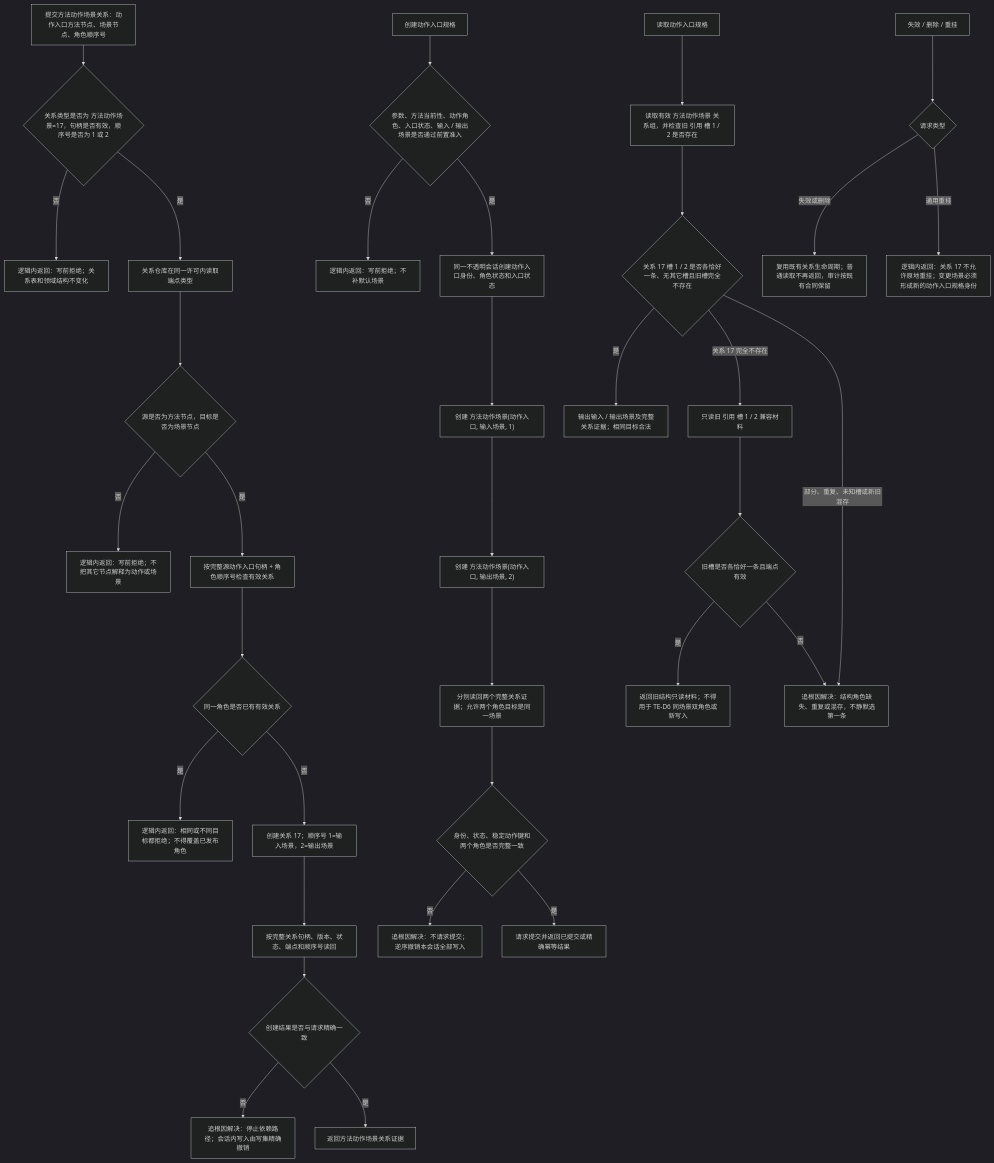
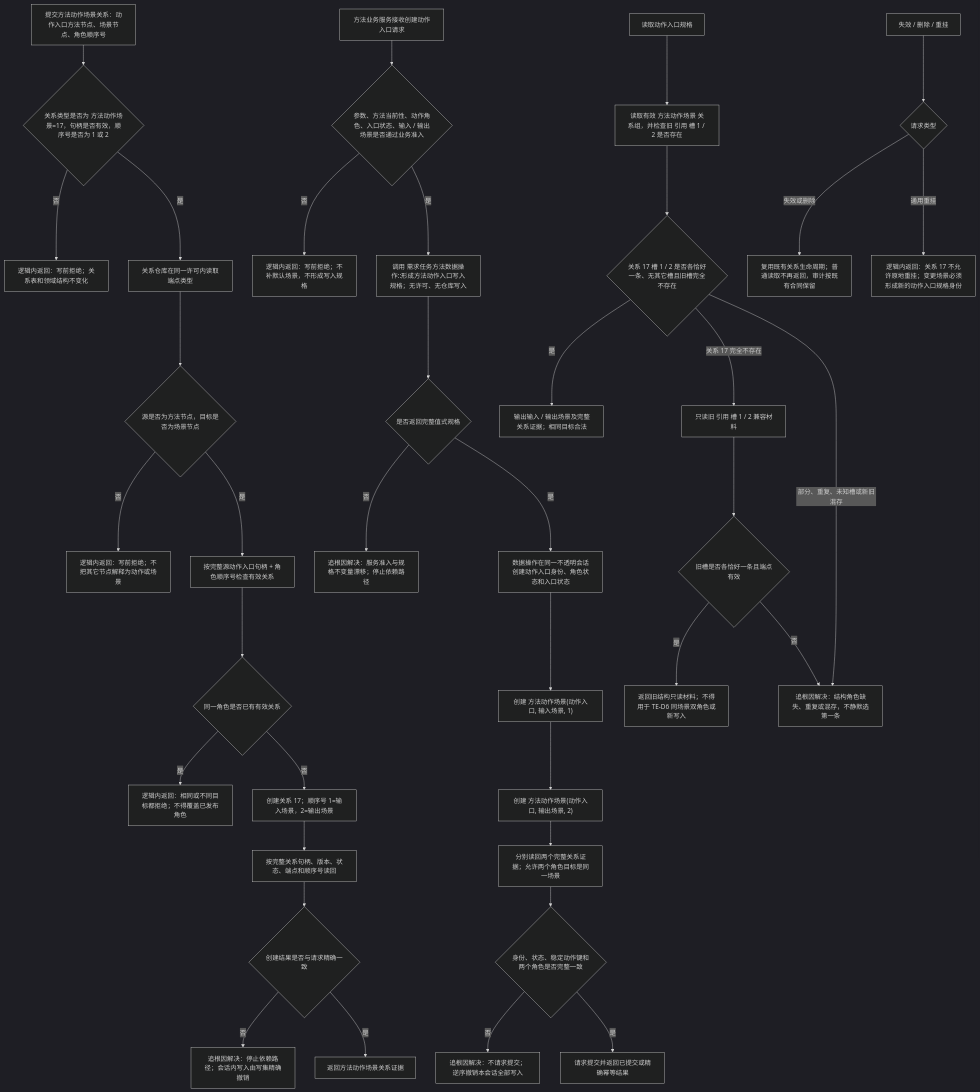
The diagram in 流程图/20260715_方法动作场景角色关系代码逻辑流程图_v0.1.md (chunhaizh-cyber/HY-Ego), drawn with Mermaid (dark theme) before and after one commit. The commit also changed other lines of this file and 15 other files, not shown here.

````diff
--- a/流程图/20260715_方法动作场景角色关系代码逻辑流程图_v0.1.md
+++ b/流程图/20260715_方法动作场景角色关系代码逻辑流程图_v0.1.md
@@ -30,39 +35,42 @@
 ```mermaid
 flowchart TD
     A["提交方法动作场景关系：动作入口方法节点、场景节点、角色顺序号"] --> B{"关系类型是否为 方法动作场景=17，句柄是否有效，顺序号是否为 1 或 2"}
     B -->|"否"| L1["逻辑内返回：写前拒绝；关系表和领域结构不变化"]
     B -->|"是"| C["关系仓库在同一许可内读取端点类型"]
     C --> D{"源是否为方法节点，目标是否为场景节点"}
     D -->|"否"| L2["逻辑内返回：写前拒绝；不把其它节点解释为动作或场景"]
     D -->|"是"| E["按完整源动作入口句柄 + 角色顺序号检查有效关系"]
     E --> F{"同一角色是否已有有效关系"}
     F -->|"是"| L3["逻辑内返回：相同或不同目标都拒绝；不得覆盖已发布角色"]
     F -->|"否"| G["创建关系 17；顺序号 1=输入场景，2=输出场景"]
     G --> H["按完整关系句柄、版本、状态、端点和顺序号读回"]
     H --> I{"创建结果是否与请求精确一致"}
     I -->|"否"| R1["追根因解决：停止依赖路径；会话内写入由写集精确撤销"]
     I -->|"是"| J["返回方法动作场景关系证据"]
 
-    K["创建动作入口规格"] --> K1{"参数、方法当前性、动作角色、入口状态、输入 / 输出场景是否通过前置准入"}
-    K1 -->|"否"| L4["逻辑内返回：写前拒绝；不补默认场景"]
-    K1 -->|"是"| K2["同一不透明会话创建动作入口身份、角色状态和入口状态"]
-    K2 --> K3["创建 方法动作场景(动作入口, 输入场景, 1)"]
-    K3 --> K4["创建 方法动作场景(动作入口, 输出场景, 2)"]
-    K4 --> K5["分别读回两个完整关系证据；允许两个角色目标是同一场景"]
-    K5 --> K6{"身份、状态、稳定动作键和两个角色是否完整一致"}
-    K6 -->|"否"| R2["追根因解决：不请求提交；逆序撤销本会话全部写入"]
-    K6 -->|"是"| K7["请求提交并返回已提交或精确幂等结果"]
+    K["方法业务服务接收创建动作入口请求"] --> K1{"参数、方法当前性、动作角色、入口状态、输入 / 输出场景是否通过业务准入"}
+    K1 -->|"否"| L4["逻辑内返回：写前拒绝；不补默认场景，不形成写入规格"]
+    K1 -->|"是"| K2["调用 需求任务方法数据操作::形成方法动作入口写入规格；无许可、无仓库写入"]
+    K2 --> K3{"是否返回完整值式规格"}
+    K3 -->|"否"| R4["追根因解决：服务准入与规格不变量漂移；停止依赖路径"]
+    K3 -->|"是"| K4["数据操作在同一不透明会话创建动作入口身份、角色状态和入口状态"]
+    K4 --> K5["创建 方法动作场景(动作入口, 输入场景, 1)"]
+    K5 --> K6["创建 方法动作场景(动作入口, 输出场景, 2)"]
+    K6 --> K7["分别读回两个完整关系证据；允许两个角色目标是同一场景"]
+    K7 --> K8{"身份、状态、稳定动作键和两个角色是否完整一致"}
+    K8 -->|"否"| R2["追根因解决：不请求提交；逆序撤销本会话全部写入"]
+    K8 -->|"是"| K9["请求提交并返回已提交或精确幂等结果"]
 
     M["读取动作入口规格"] --> M1["读取有效 方法动作场景 关系组，并检查旧 引用 槽 1 / 2 是否存在"]
     M1 --> M2{"关系 17 槽 1 / 2 是否各恰好一条、无其它槽且旧槽完全不存在"}
     M2 -->|"是"| M3["输出输入 / 输出场景及完整关系证据；相同目标合法"]
     M2 -->|"关系 17 完全不存在"| M4["只读旧 引用 槽 1 / 2 兼容材料"]
     M4 --> M5{"旧槽是否各恰好一条且端点有效"}
     M5 -->|"是"| M6["返回旧结构只读材料；不得用于 TE-D6 同场景双角色或新写入"]
     M5 -->|"否"| R3["追根因解决：结构角色缺失、重复或混存，不静默选第一条"]
     M2 -->|"部分、重复、未知槽或新旧混存"| R3
 
     N["失效 / 删除 / 重挂"] --> N1{"请求类型"}
     N1 -->|"失效或删除"| N2["复用既有关系生命周期；普通读取不再返回，审计按既有合同保留"]
     N1 -->|"通用重挂"| L5["逻辑内返回：关系 17 不允许原地重挂；变更场景必须形成新的动作入口规格身份"]
 ```
````
